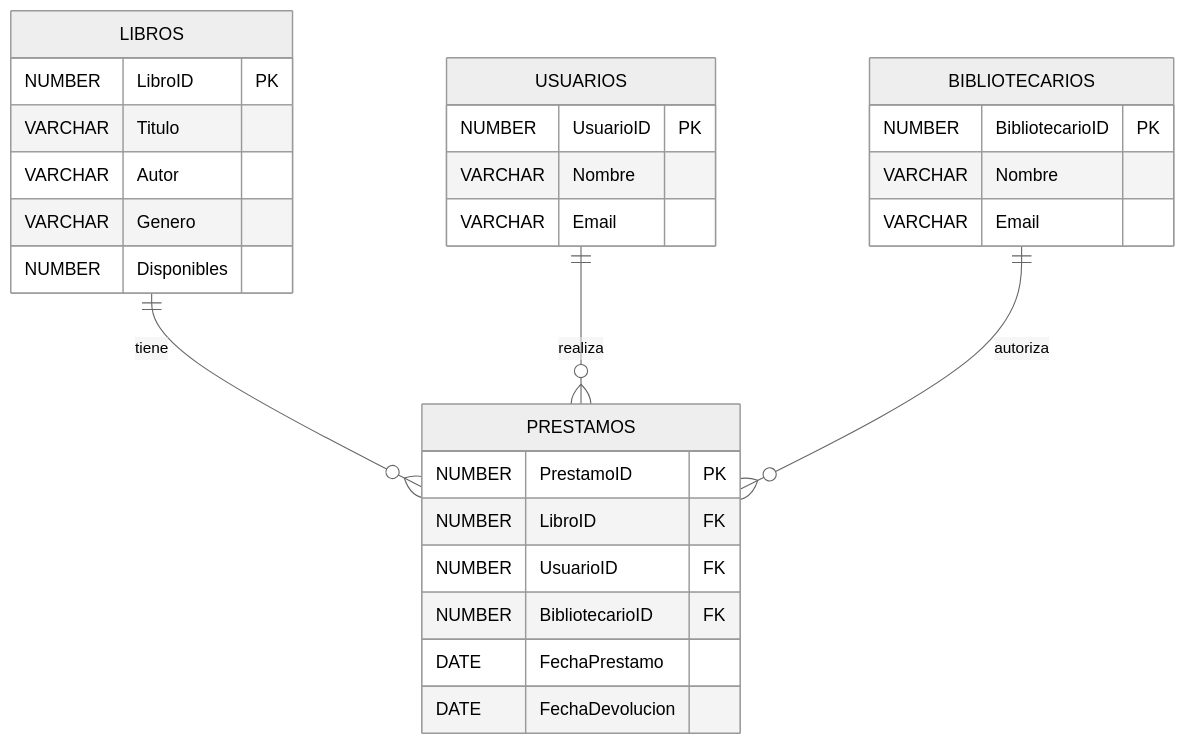
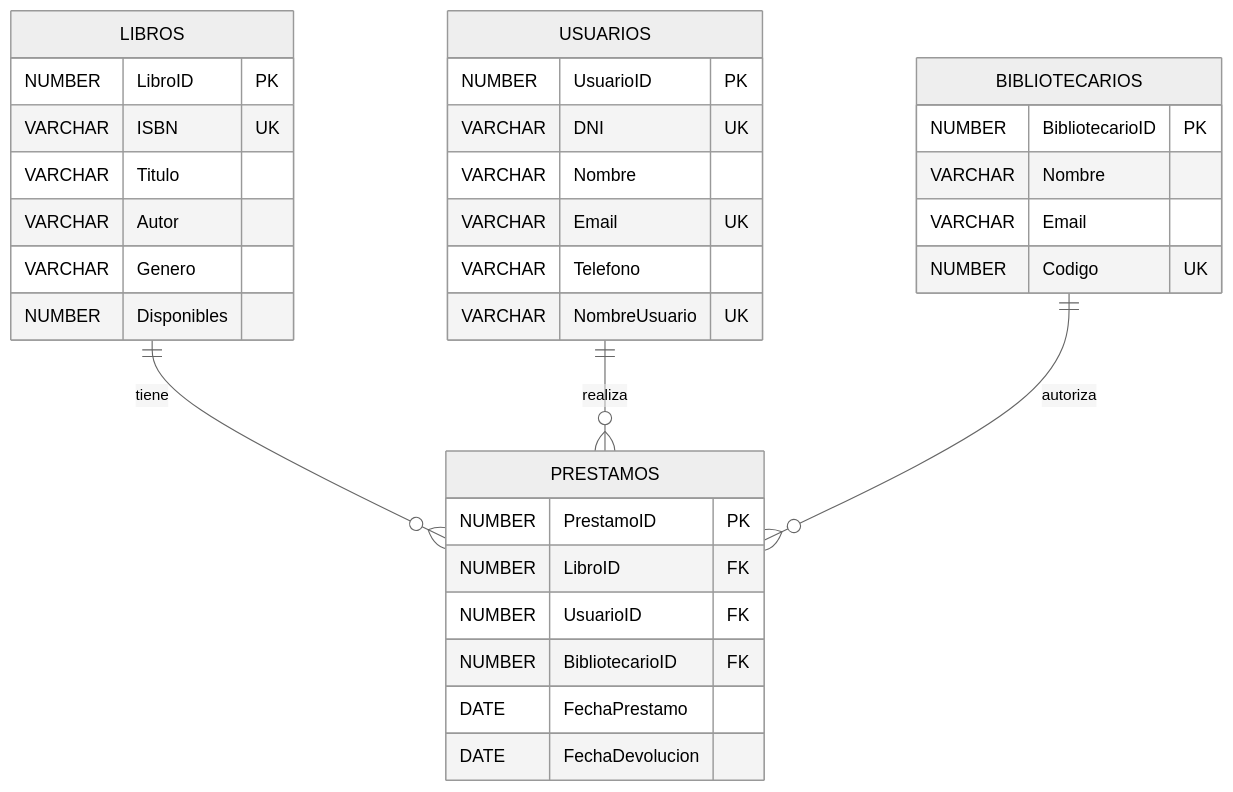
Before and after one commit to CleveritDemo/copilot-oracle-plsql-playground: the diagram in copilot-library.md, drawn with Mermaid (neutral theme). The commit also changed 6 other files, not shown here.

````diff
--- a/copilot-library.md
+++ b/copilot-library.md
@@ -5,32 +5,36 @@
 ```mermaid
 erDiagram
     LIBROS {
         NUMBER LibroID PK
+        VARCHAR ISBN UK
         VARCHAR Titulo
         VARCHAR Autor
         VARCHAR Genero
         NUMBER Disponibles
     }
     USUARIOS {
         NUMBER UsuarioID PK
+        VARCHAR DNI UK
         VARCHAR Nombre
-        VARCHAR Email
+        VARCHAR Email UK
+        VARCHAR Telefono
+        VARCHAR NombreUsuario UK
     }
     BIBLIOTECARIOS {
         NUMBER BibliotecarioID PK
         VARCHAR Nombre
         VARCHAR Email
+        NUMBER Codigo UK
     }
     PRESTAMOS {
         NUMBER PrestamoID PK
         NUMBER LibroID FK
         NUMBER UsuarioID FK
         NUMBER BibliotecarioID FK
         DATE FechaPrestamo
         DATE FechaDevolucion
     }
     LIBROS ||--o{ PRESTAMOS : "tiene"
     USUARIOS ||--o{ PRESTAMOS : "realiza"
     BIBLIOTECARIOS ||--o{ PRESTAMOS : "autoriza"
-
 ```
````
